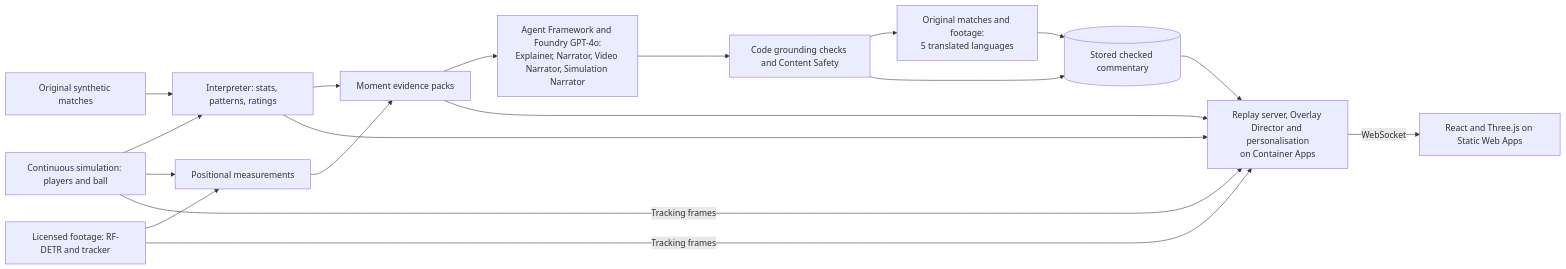
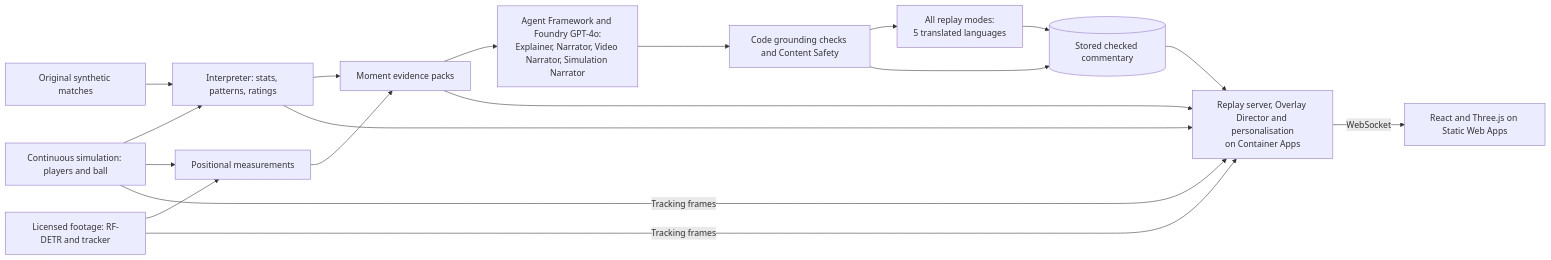
Before and after one commit to ILikePotatoesALot/pitch-insights: the diagram in README.md, drawn with Mermaid. The commit also changed other lines of this file and 7 other files, not shown here.

````diff
--- a/README.md
+++ b/README.md
@@ -37,20 +37,20 @@
 ```mermaid
 flowchart LR
     G[Original synthetic matches] --> I[Interpreter: stats, patterns, ratings]
     S[Continuous simulation: players and ball] --> I
     S --> P[Positional measurements]
     V[Licensed footage: RF-DETR and tracker] --> P
     I --> M[Moment evidence packs]
     P --> M
     M --> A[Agent Framework and Foundry GPT-4o:<br/>Explainer, Narrator, Video Narrator, Simulation Narrator]
     A --> C[Code grounding checks and Content Safety]
-    C --> T[Original matches and footage:<br/>5 translated languages]
+    C --> T[All replay modes:<br/>5 translated languages]
     C --> B[(Stored checked commentary)]
     T --> B
     B --> R[Replay server, Overlay Director and personalisation<br/>on Container Apps]
     I --> R
     S -->|Tracking frames| R
     V -->|Tracking frames| R
     M --> R
     R -->|WebSocket| W[React and Three.js on Static Web Apps]
 ```
````
